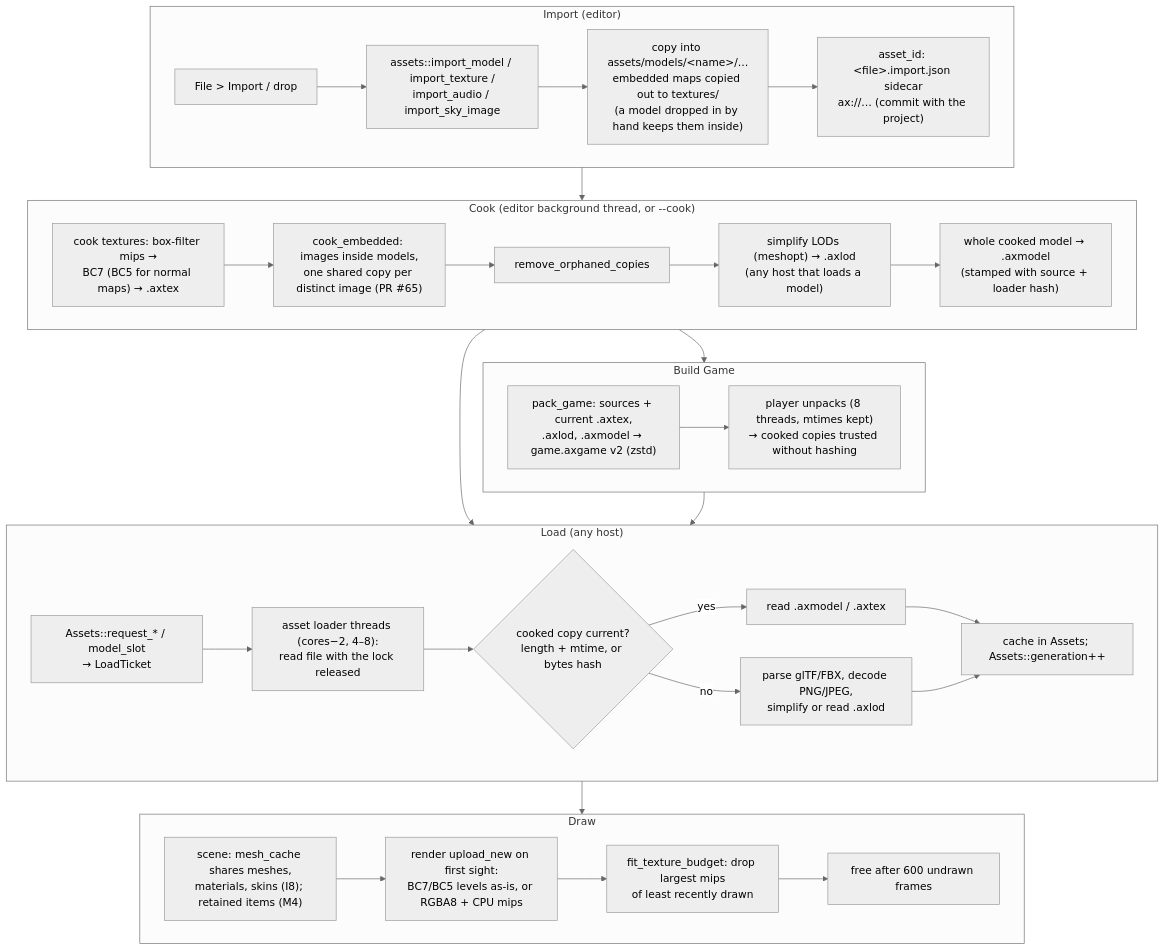
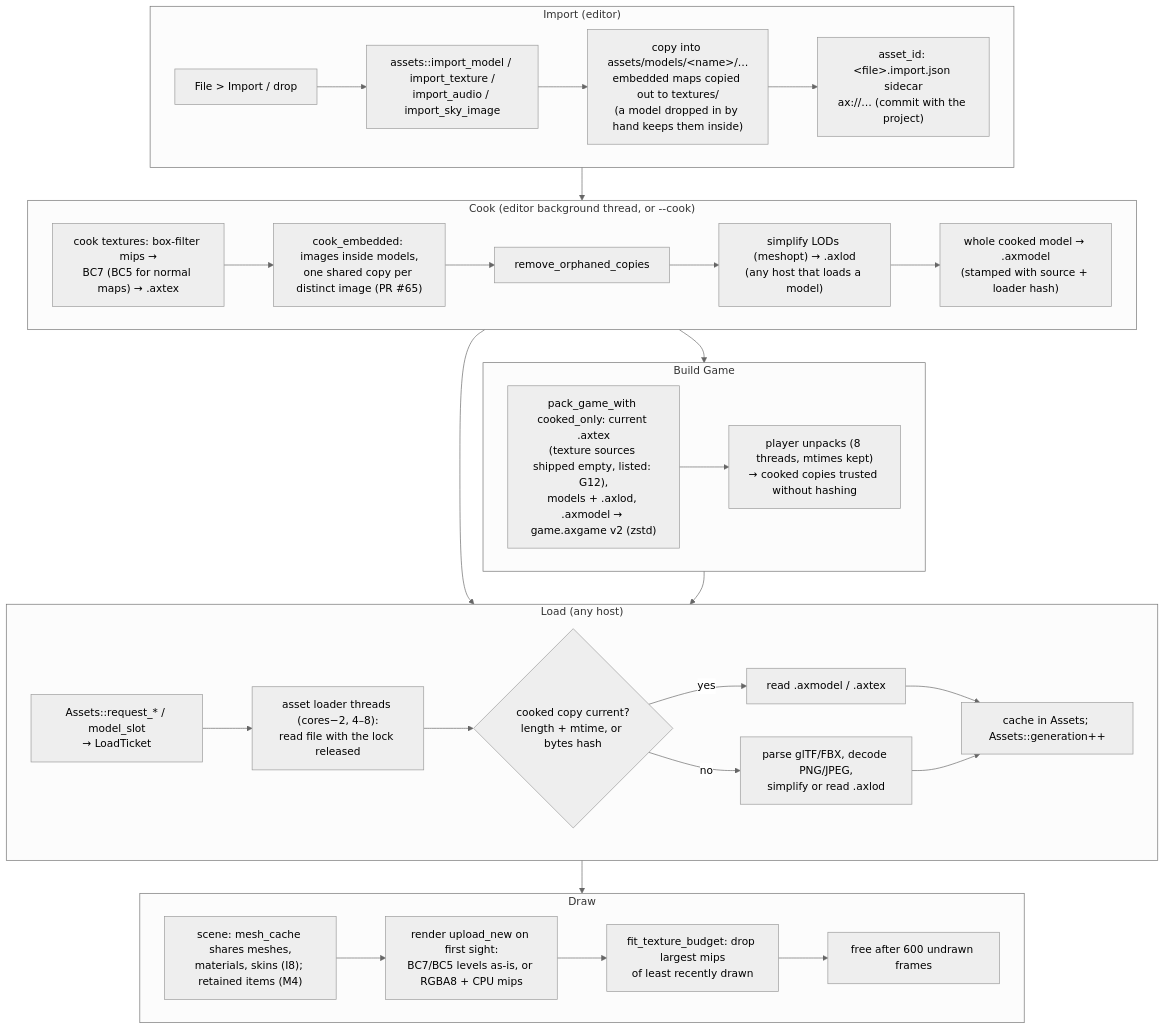
The diagram in wiki/Asset-Pipeline/Pipeline-Overview.md (MrBearson321/Axcenity-Engine), drawn with Mermaid (neutral theme) before and after one commit. The commit also changed other lines of this file and 19 other files, not shown here.

First line of the commit message:
Cooked-only games: Build Game leaves out texture sources (G12)

````diff
--- a/wiki/Asset-Pipeline/Pipeline-Overview.md
+++ b/wiki/Asset-Pipeline/Pipeline-Overview.md
@@ -23,31 +23,31 @@
 ```mermaid
 flowchart TD
   subgraph Import["Import (editor)"]
     I1[File > Import / drop] --> I2["assets::import_model / import_texture /<br/>import_audio / import_sky_image"]
     I2 --> I3["copy into assets/models/&lt;name&gt;/…<br/>embedded maps copied out to textures/<br/>(a model dropped in by hand keeps them inside)"]
     I3 --> I4["asset_id: &lt;file&gt;.import.json sidecar<br/>ax://… (commit with the project)"]
   end
   subgraph Cook["Cook (editor background thread, or --cook)"]
     C1["cook textures: box-filter mips →<br/>BC7 (BC5 for normal maps) → .axtex"] --> C1b["cook_embedded: images inside models,<br/>one shared copy per distinct image (PR #65)"]
     C1b --> C0[remove_orphaned_copies]
     C0 --> C2["simplify LODs (meshopt) → .axlod<br/>(any host that loads a model)"]
     C2 --> C3["whole cooked model → .axmodel<br/>(stamped with source + loader hash)"]
   end
   subgraph Load["Load (any host)"]
     L1["Assets::request_* / model_slot<br/>→ LoadTicket"] --> L2["asset loader threads (cores−2, 4–8):<br/>read file with the lock released"]
     L2 --> L3{cooked copy current?<br/>length + mtime, or bytes hash}
     L3 -- yes --> L4[read .axmodel / .axtex]
     L3 -- no --> L5[parse glTF/FBX, decode PNG/JPEG,<br/>simplify or read .axlod]
     L4 & L5 --> L6[cache in Assets; Assets::generation++]
   end
   subgraph Draw["Draw"]
     D1["scene: mesh_cache shares meshes,<br/>materials, skins (I8); retained items (M4)"] --> D2["render upload_new on first sight:<br/>BC7/BC5 levels as-is, or RGBA8 + CPU mips"]
     D2 --> D3[fit_texture_budget: drop largest mips<br/>of least recently drawn]
     D3 --> D4[free after 600 undrawn frames]
   end
   subgraph Ship["Build Game"]
-    S1["pack_game: sources + current .axtex,<br/>.axlod, .axmodel → game.axgame v2 (zstd)"] --> S2["player unpacks (8 threads, mtimes kept)<br/>→ cooked copies trusted without hashing"]
+    S1["pack_game_with cooked_only: current .axtex<br/>(texture sources shipped empty, listed: G12),<br/>models + .axlod, .axmodel → game.axgame v2 (zstd)"] --> S2["player unpacks (8 threads, mtimes kept)<br/>→ cooked copies trusted without hashing"]
   end
   Import --> Cook --> Load --> Draw
   Cook --> Ship --> Load
 ```
````
